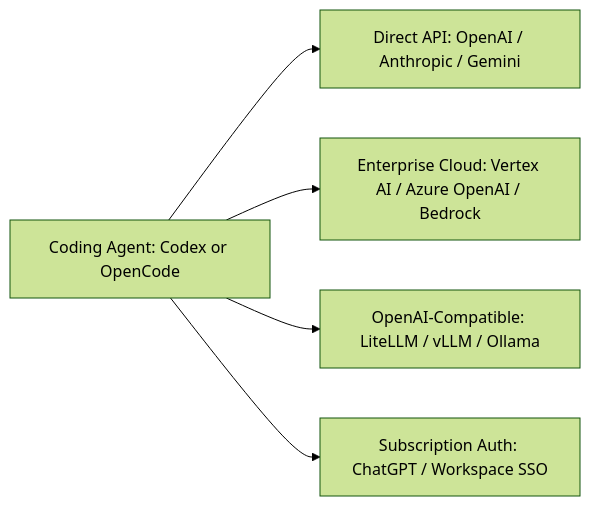
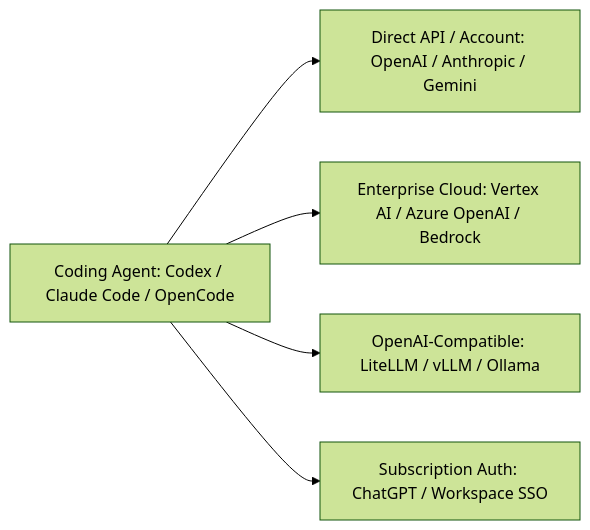
One commit to imadui/Prepare_Your_Code_Agent changed the diagram in docs/providers.md. Above: the diagram before and after it, drawn with Mermaid (forest theme). The commit also changed other lines of this file and 14 other files, not shown here.

First line of the commit message:
feat: add Claude Code preparation guide

````diff
--- a/docs/providers.md
+++ b/docs/providers.md
@@ -22,7 +22,7 @@
 ```mermaid
 graph LR
-    Agent[Coding Agent: Codex or OpenCode] --> Direct[Direct API: OpenAI / Anthropic / Gemini]
+    Agent[Coding Agent: Codex / Claude Code / OpenCode] --> Direct[Direct API / Account: OpenAI / Anthropic / Gemini]
     Agent --> Cloud[Enterprise Cloud: Vertex AI / Azure OpenAI / Bedrock]
     Agent --> Proxy[OpenAI-Compatible: LiteLLM / vLLM / Ollama]
     Agent --> Subscription[Subscription Auth: ChatGPT / Workspace SSO]
 ```
````
